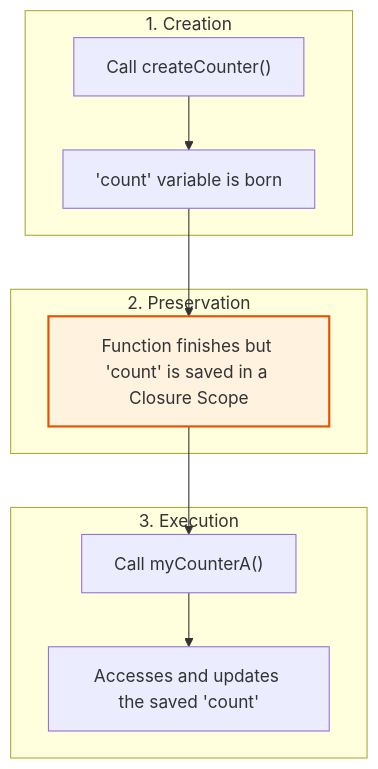
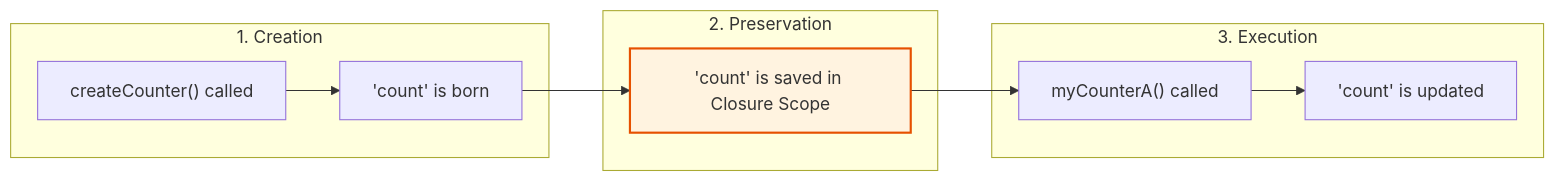
One commit to moideen-mashad/JavaScript-Closures changed the diagram in README.md. Above: the diagram before and after it, drawn with Mermaid. The commit also changed other lines of this file, not shown here.

````diff
--- a/README.md
+++ b/README.md
@@ -44,17 +44,17 @@
 ```mermaid
-graph TD
+graph LR
     subgraph "1. Creation"
-        A["Call createCounter()"] --> B["'count' variable is born"]
+        A["createCounter() called"] --> B["'count' is born"]
     end
 
     subgraph "2. Preservation"
-        B --> C["Function finishes but 'count' is saved in a Closure Scope"]
+        B --> C["'count' is saved in Closure Scope"]
     end
 
     subgraph "3. Execution"
-        C --> D["Call myCounterA()"]
-        D --> E["Accesses and updates the saved 'count'"]
+        C --> D["myCounterA() called"]
+        D --> E["'count' is updated"]
     end
 
     style C fill:#fff3e0,stroke:#e65100,stroke-width:2px
 ```
````
